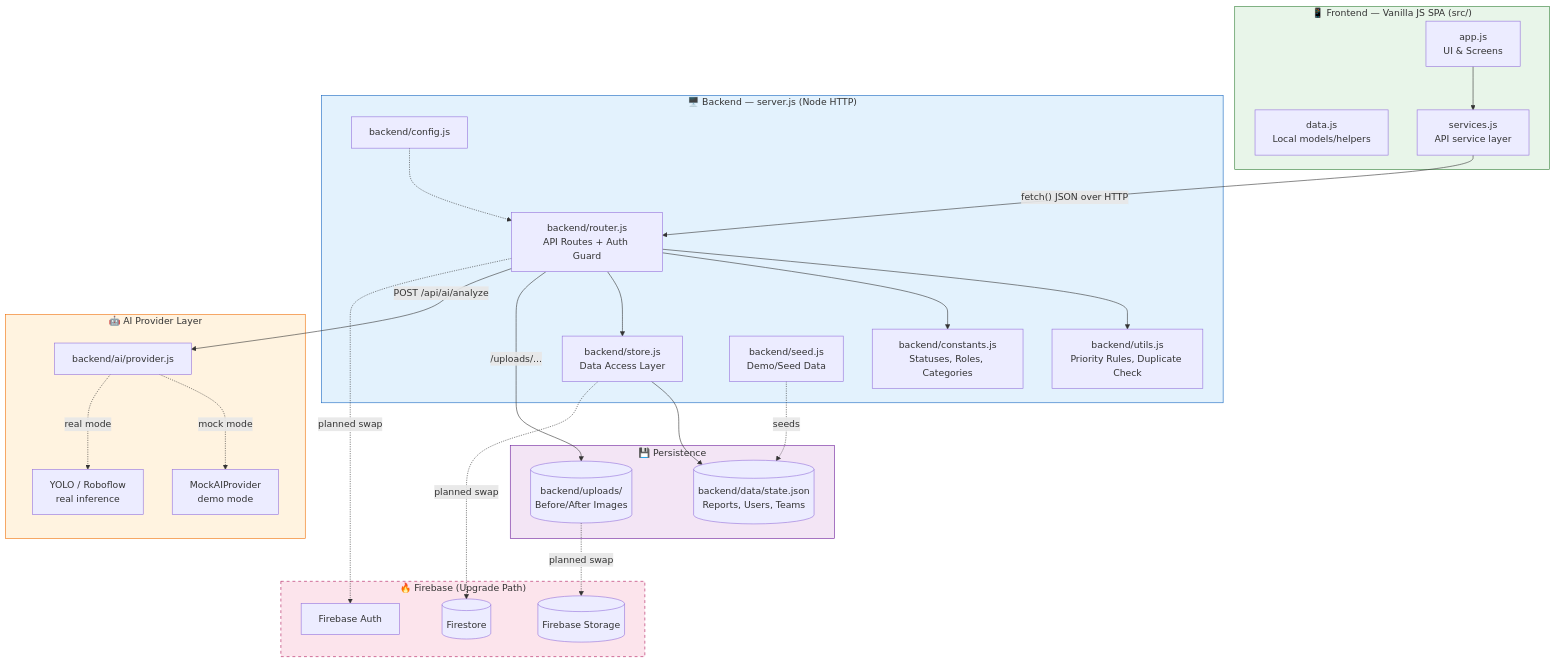
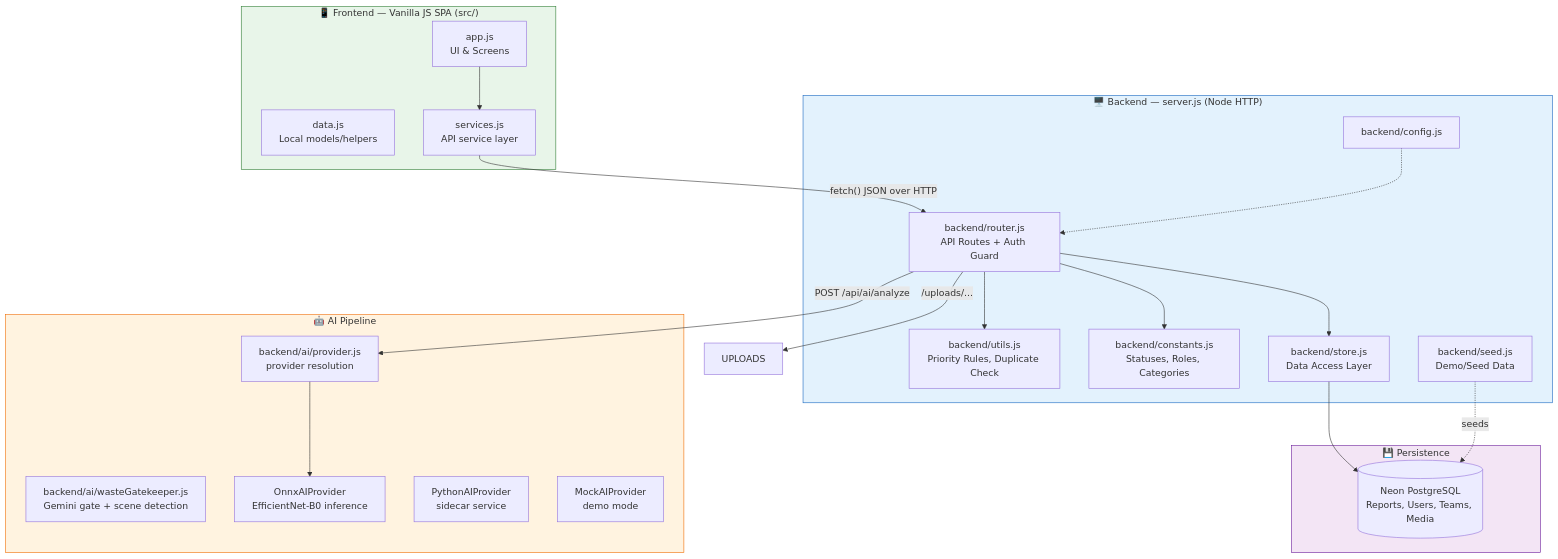
One commit to Shubham809380/Smart_Coders_Gandhi-institute-of-excellent-technocrats_-SWACHHLENS changed the first of 5 diagrams in README.md. Above: the diagram before and after it, drawn with Mermaid. The commit also changed other lines of this file, not shown here.

````diff
--- a/README.md
+++ b/README.md
@@ -82,57 +86,46 @@
 ```mermaid
 flowchart TB
     subgraph Client["📱 Frontend — Vanilla JS SPA (src/)"]
         UI[app.js<br/>UI & Screens]
         DATA[data.js<br/>Local models/helpers]
         SVC[services.js<br/>API service layer]
     end
 
     subgraph Server["🖥️ Backend — server.js (Node HTTP)"]
         ROUTER[backend/router.js<br/>API Routes + Auth Guard]
         UTILS[backend/utils.js<br/>Priority Rules, Duplicate Check]
         CONST[backend/constants.js<br/>Statuses, Roles, Categories]
         CONFIG[backend/config.js]
         STORE[backend/store.js<br/>Data Access Layer]
         SEED[backend/seed.js<br/>Demo/Seed Data]
     end
 
-    subgraph AI["🤖 AI Provider Layer"]
-        PROVIDER[backend/ai/provider.js]
+    subgraph AI["🤖 AI Pipeline"]
+        GATE[backend/ai/wasteGatekeeper.js<br/>Gemini gate + scene detection]
+        PROVIDER[backend/ai/provider.js<br/>provider resolution]
+        ONNX[OnnxAIProvider<br/>EfficientNet-B0 inference]
+        PY[PythonAIProvider<br/>sidecar service]
         MOCK[MockAIProvider<br/>demo mode]
-        YOLO[YOLO / Roboflow<br/>real inference]
     end
 
     subgraph Storage["💾 Persistence"]
-        JSON[(backend/data/state.json<br/>Reports, Users, Teams)]
-        UPLOADS[(backend/uploads/<br/>Before/After Images)]
-    end
-
-    subgraph Future["🔥 Firebase (Upgrade Path)"]
-        FBAUTH[Firebase Auth]
-        FIRESTORE[(Firestore)]
-        FBSTORAGE[(Firebase Storage)]
+        PG[(Neon PostgreSQL<br/>Reports, Users, Teams, Media)]
     end
 
     UI --> SVC
     SVC -->|"fetch() JSON over HTTP"| ROUTER
     ROUTER --> UTILS
     ROUTER --> CONST
     ROUTER --> STORE
-    STORE --> JSON
+    STORE --> PG
     ROUTER -->|"/uploads/..."| UPLOADS
     ROUTER -->|"POST /api/ai/analyze"| PROVIDER
-    PROVIDER -.mock mode.-> MOCK
-    PROVIDER -.real mode.-> YOLO
+    PROVIDER --> ONNX
     CONFIG -.-> ROUTER
-    SEED -.seeds.-> JSON
-
-    STORE -.planned swap.-> FIRESTORE
-    ROUTER -.planned swap.-> FBAUTH
-    UPLOADS -.planned swap.-> FBSTORAGE
+    SEED -.seeds.-> PG
 
     style Client fill:#e8f5e9,stroke:#2e7d32
     style Server fill:#e3f2fd,stroke:#1565c0
     style AI fill:#fff3e0,stroke:#ef6c00
     style Storage fill:#f3e5f5,stroke:#6a1b9a
-    style Future fill:#fce4ec,stroke:#ad1457,stroke-dasharray: 5 5
 ```
````
